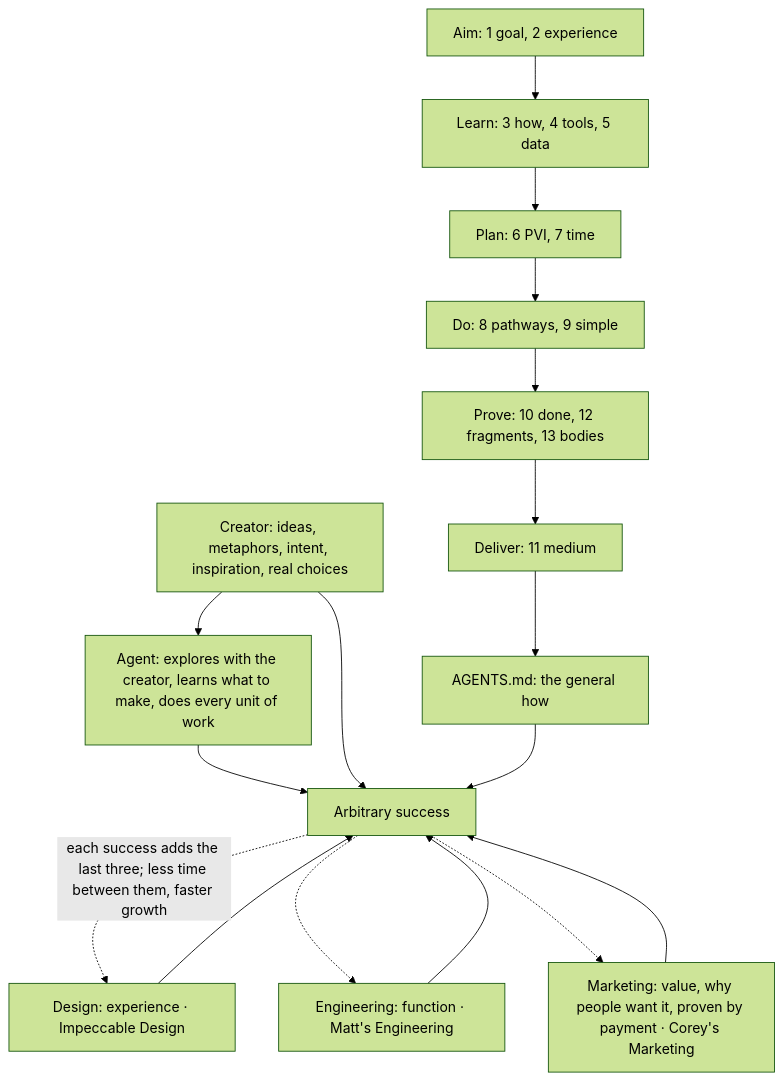
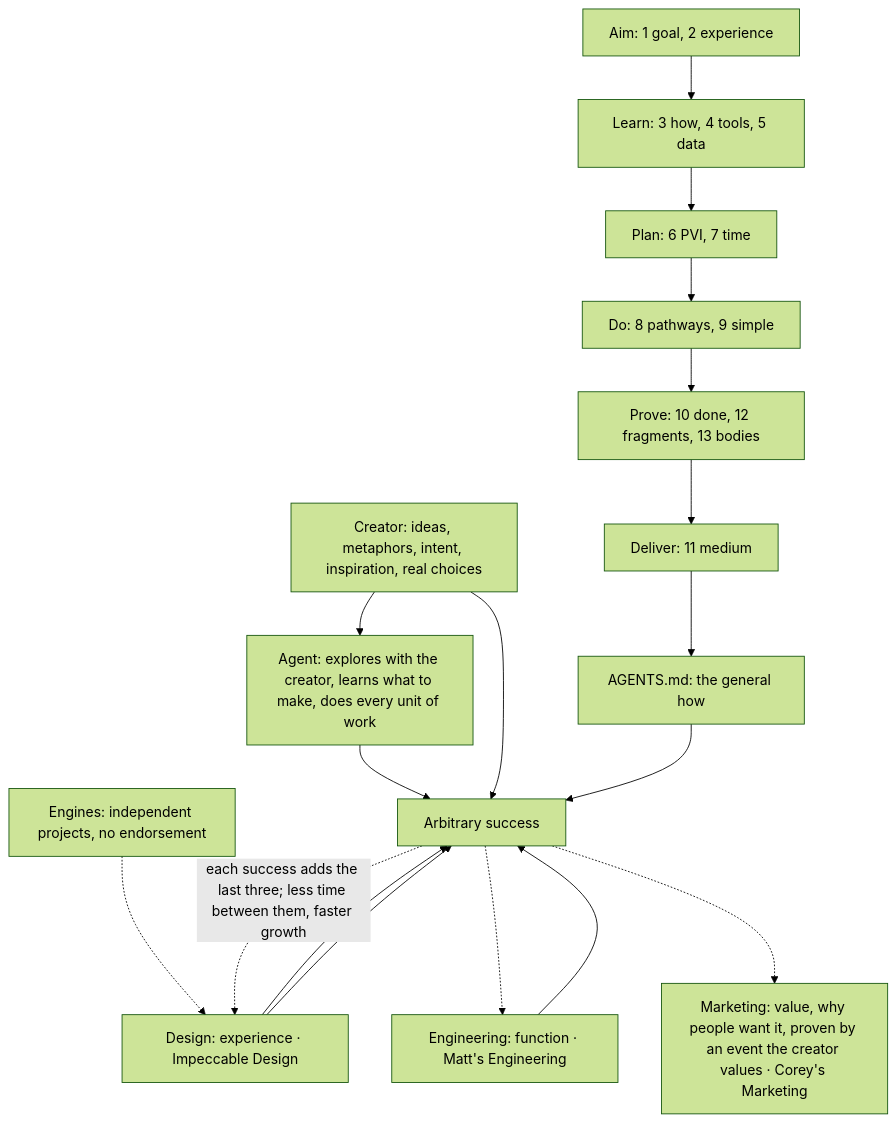
Before and after one commit to SolenixAI/arbiter: the first of 14 diagrams in AGENTS.md, drawn with Mermaid (forest theme). The commit also changed other lines of this file, not shown here.

````diff
--- a/AGENTS.md
+++ b/AGENTS.md
@@ -39,14 +41,15 @@
 ```mermaid
 flowchart TD
   A[Aim: 1 goal, 2 experience] --> L[Learn: 3 how, 4 tools, 5 data] --> P[Plan: 6 PVI, 7 time] --> D[Do: 8 pathways, 9 simple] --> V[Prove: 10 done, 12 fragments, 13 bodies] --> O[Deliver: 11 medium] --> F[AGENTS.md: the general how]
   CR[Creator: ideas, metaphors, intent, inspiration, real choices] --> AG[Agent: explores with the creator, learns what to make, does every unit of work]
   AG --> S[Arbitrary success]
   CR --> S
   F --> S
   DS[Design: experience · Impeccable Design] --> S
   EG[Engineering: function · Matt's Engineering] --> S
-  SL[Marketing: value, why people want it, proven by payment · Corey's Marketing] --> S
+  SL[Marketing: value, why people want it, proven by an event the creator values · Corey's Marketing]
+  EN[Engines: independent projects, no endorsement] -.-> DS --> S
   S -.->|"each success adds the last three; less time between them, faster growth"| DS
   S -.-> EG
   S -.-> SL
 ```
````
